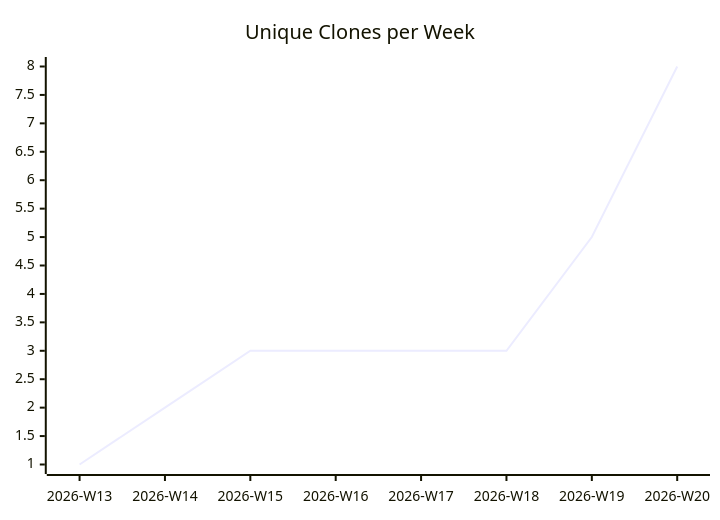
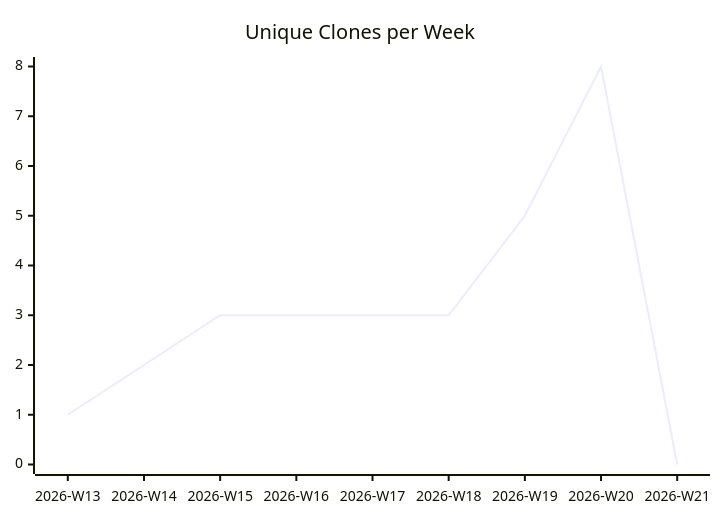
The third of 3 diagrams in karlmdavis/xmlpull/README.md (justdavis-family/github-analytics-data), drawn with Mermaid before and after one commit. The commit also changed other lines of this file and 189 other files, not shown here.

````diff
--- a/karlmdavis/xmlpull/README.md
+++ b/karlmdavis/xmlpull/README.md
@@ -19,6 +19,6 @@
 ```mermaid
 xychart-beta
   title "Unique Clones per Week"
-  x-axis ["2026-W13", "2026-W14", "2026-W15", "2026-W16", "2026-W17", "2026-W18", "2026-W19", "2026-W20"]
-  line [1, 2, 3, 3, 3, 3, 5, 8]
+  x-axis ["2026-W13", "2026-W14", "2026-W15", "2026-W16", "2026-W17", "2026-W18", "2026-W19", "2026-W20", "2026-W21"]
+  line [1, 2, 3, 3, 3, 3, 5, 8, 0]
 ```
````
